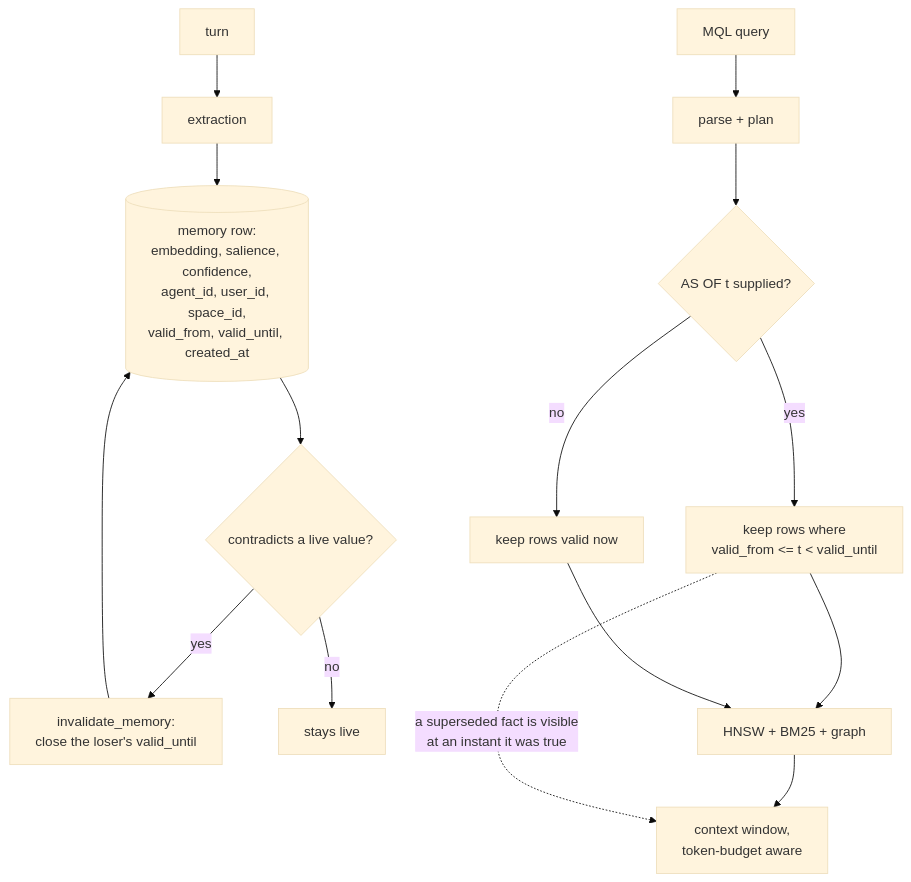
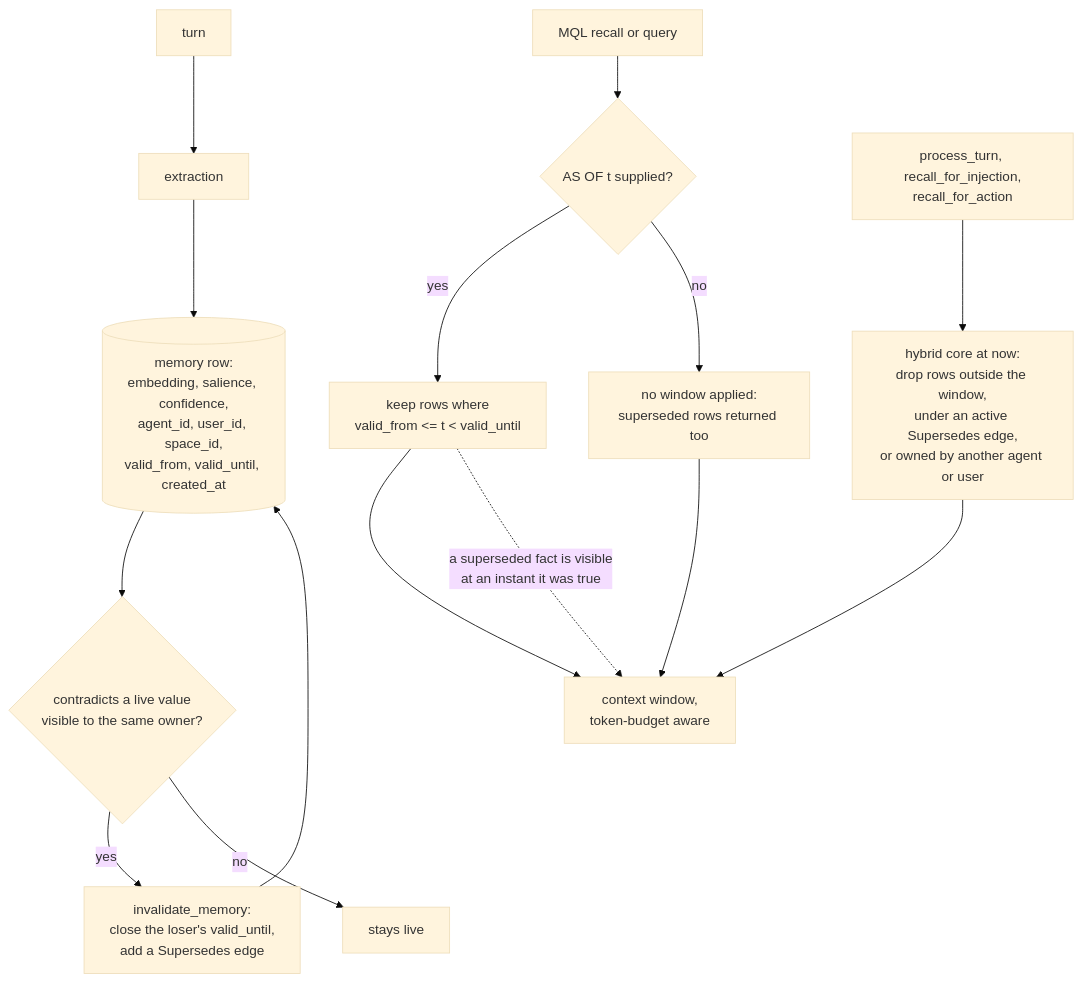
Before and after one commit to neoneye/agent-memory-atlas: the diagram in content/systems/mentedb.md, drawn with Mermaid (base theme). The commit also changed other lines of this file and 10 other files, not shown here.

First line of the commit message:
Audit MenteDB at an unchanged pin: MQL agent scope is always true, marks hold

````diff
--- a/content/systems/mentedb.md
+++ b/content/systems/mentedb.md
@@ -90,18 +100,18 @@
 ```mermaid
-%% caption: invalidation closes a window rather than deleting a row, so the same store answers differently depending on the instant the query names
+%% caption: invalidation closes a window rather than deleting a row; the hybrid core judges every row at now, while MQL judges none unless AS OF names an instant
 flowchart TB
     T["turn"] --> EX["extraction"]
     EX --> M[("memory row:<br/>embedding, salience, confidence,<br/>agent_id, user_id, space_id,<br/>valid_from, valid_until, created_at")]
-    M --> CONF{"contradicts a live value?"}
-    CONF -->|yes| INV["invalidate_memory:<br/>close the loser's valid_until"]
+    M --> CONF{"contradicts a live value<br/>visible to the same owner?"}
+    CONF -->|yes| INV["invalidate_memory:<br/>close the loser's valid_until,<br/>add a Supersedes edge"]
     CONF -->|no| LIVE["stays live"]
     INV --> M
-    Q["MQL query"] --> P["parse + plan"]
-    P --> F1{"AS OF t supplied?"}
+    Q["MQL recall or query"] --> F1{"AS OF t supplied?"}
     F1 -->|yes| W["keep rows where<br/>valid_from &lt;= t &lt; valid_until"]
-    F1 -->|no| NOW["keep rows valid now"]
-    W --> IDX
-    NOW --> IDX["HNSW + BM25 + graph"]
-    IDX --> CW["context window,<br/>token-budget aware"]
+    F1 -->|no| ALL["no window applied:<br/>superseded rows returned too"]
+    H["process_turn, recall_for_injection,<br/>recall_for_action"] --> HC["hybrid core at now:<br/>drop rows outside the window,<br/>under an active Supersedes edge,<br/>or owned by another agent or user"]
+    W --> CW["context window,<br/>token-budget aware"]
+    ALL --> CW
+    HC --> CW
     W -.->|"a superseded fact is visible<br/>at an instant it was true"| CW
 ```
````
